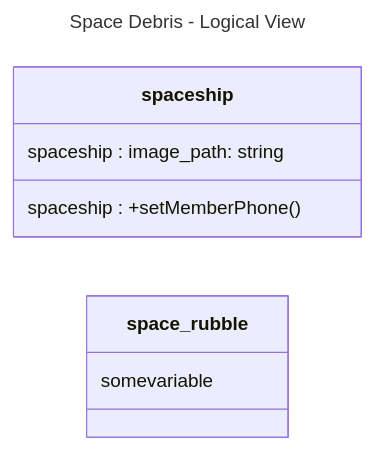
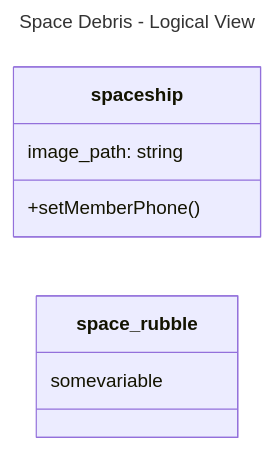
The diagram in README.md (mmehta2669/Final_Project_Group_2), drawn with Mermaid before and after one commit.

````diff
--- a/README.md
+++ b/README.md
@@ -14,21 +14,21 @@
 ```mermaid
 ---
 title: Space Debris - Logical View
 ---
 classDiagram 
  direction LR
  class spaceship {
-  spaceship : image_path: string 
-  spaceship : +setMemberPhone()
+  image_path: string 
+  +setMemberPhone()
 }
 title_screen
 
 space_rubble
 space_rubble : somevariable
 
 background
 
 ammunition
 
 
 ```
````
